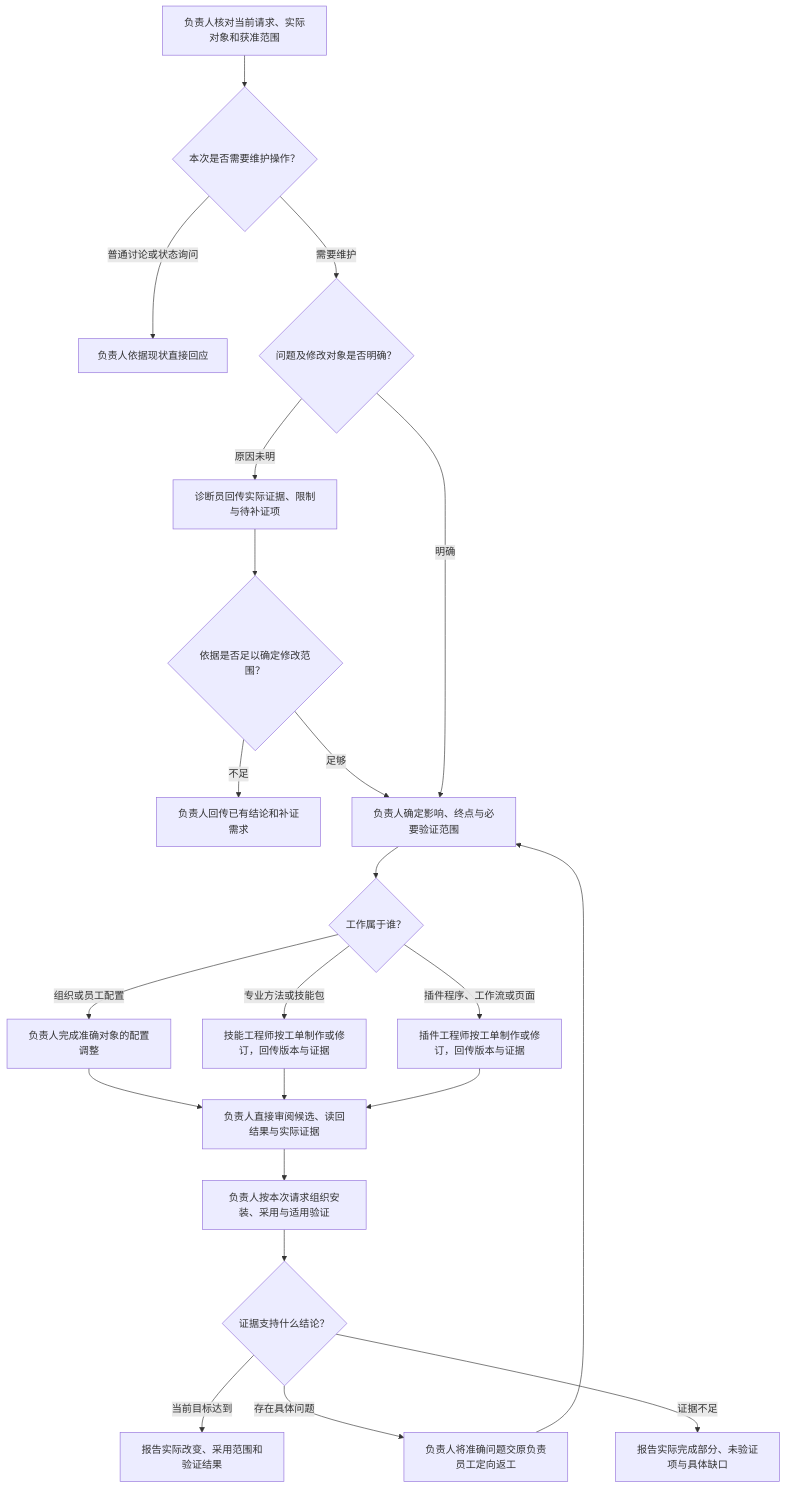
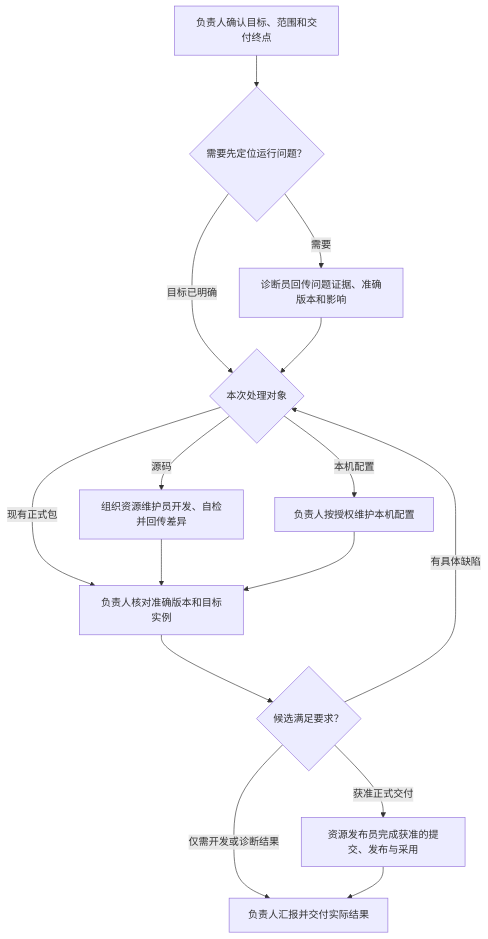
Before and after one commit to huangjiaroro/workbench-resources: the diagram in resources/packs/project-maintainers/playbook.md, drawn with Mermaid. The commit also changed other lines of this file and 20 other files, not shown here.

Commit message:
Complete external organization publication and verify signed dependency graphs

````diff
--- a/resources/packs/project-maintainers/playbook.md
+++ b/resources/packs/project-maintainers/playbook.md
@@ -14,24 +14,17 @@
 ```mermaid
 flowchart TD
-    A["负责人核对当前请求、实际对象和获准范围"] --> B{"本次是否需要维护操作？"}
-    B -->|普通讨论或状态询问| C["负责人依据现状直接回应"]
-    B -->|需要维护| D{"问题及修改对象是否明确？"}
-    D -->|原因未明| E["诊断员回传实际证据、限制与待补证项"]
-    E --> F{"依据是否足以确定修改范围？"}
-    F -->|不足| G["负责人回传已有结论和补证需求"]
-    F -->|足够| H["负责人确定影响、终点与必要验证范围"]
-    D -->|明确| H
-    H --> I{"工作属于谁？"}
-    I -->|组织或员工配置| J["负责人完成准确对象的配置调整"]
-    I -->|专业方法或技能包| K["技能工程师按工单制作或修订，回传版本与证据"]
-    I -->|插件程序、工作流或页面| L["插件工程师按工单制作或修订，回传版本与证据"]
-    J --> M["负责人直接审阅候选、读回结果与实际证据"]
-    K --> M
-    L --> M
-    M --> N["负责人按本次请求组织安装、采用与适用验证"]
-    N --> O{"证据支持什么结论？"}
-    O -->|当前目标达到| P["报告实际改变、采用范围和验证结果"]
-    O -->|存在具体问题| Q["负责人将准确问题交原负责员工定向返工"]
-    Q --> H
-    O -->|证据不足| R["报告实际完成部分、未验证项与具体缺口"]
+    A["负责人确认目标、范围和交付终点"] --> B{"需要先定位运行问题？"}
+    B -->|需要| C["诊断员回传问题证据、准确版本和影响"]
+    B -->|目标已明确| D{"本次处理对象"}
+    C --> D
+    D -->|源码| E["组织资源维护员开发、自检并回传差异"]
+    D -->|本机配置| K["负责人按授权维护本机配置"]
+    D -->|现有正式包| F["负责人核对准确版本和目标实例"]
+    E --> F
+    K --> F
+    F --> G{"候选满足要求？"}
+    G -->|有具体缺陷| D
+    G -->|仅需开发或诊断结果| J["负责人汇报并交付实际结果"]
+    G -->|获准正式交付| H["资源发布员完成获准的提交、发布与采用"]
+    H --> J
 ```
````
